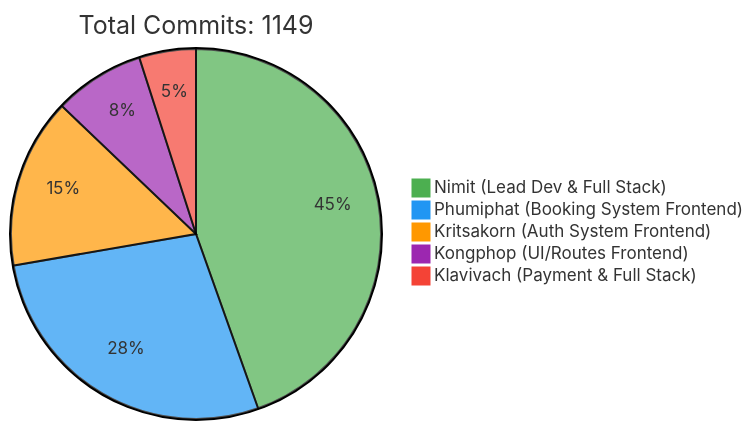
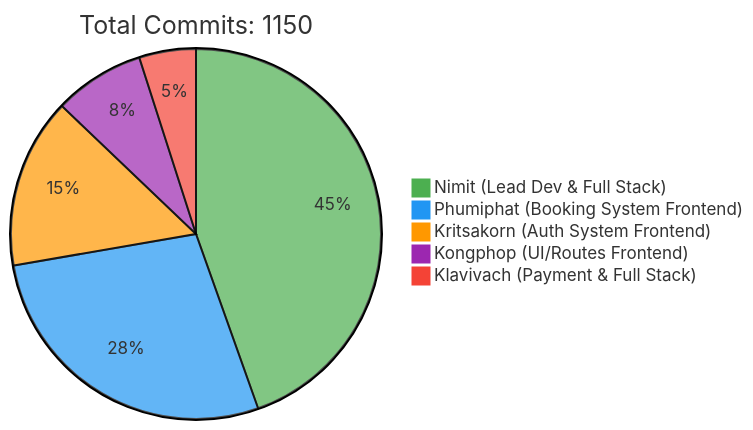
One commit to 6531503042/Sport-Complex changed the first of 2 diagrams in README.md. Above: the diagram before and after it, drawn with Mermaid. The commit also changed other lines of this file, not shown here.

Commit message:
docs: Update contributor statistics [skip ci]

````diff
--- a/README.md
+++ b/README.md
@@ -257,10 +257,10 @@
 ```mermaid
 %%{init: {'theme': 'base', 'themeVariables': { 'pie1': '#4CAF50', 'pie2': '#2196F3', 'pie3': '#FF9800', 'pie4': '#9C27B0', 'pie5': '#F44336'}}}%%
 pie
-    title Total Commits: 1149
+    title Total Commits: 1150
     "Nimit (Lead Dev & Full Stack)" : 450
     "Phumiphat (Booking System Frontend)" : 280
     "Kritsakorn (Auth System Frontend)" : 150
     "Kongphop (UI/Routes Frontend)" : 80
     "Klavivach (Payment & Full Stack)" : 50
 ```
````
